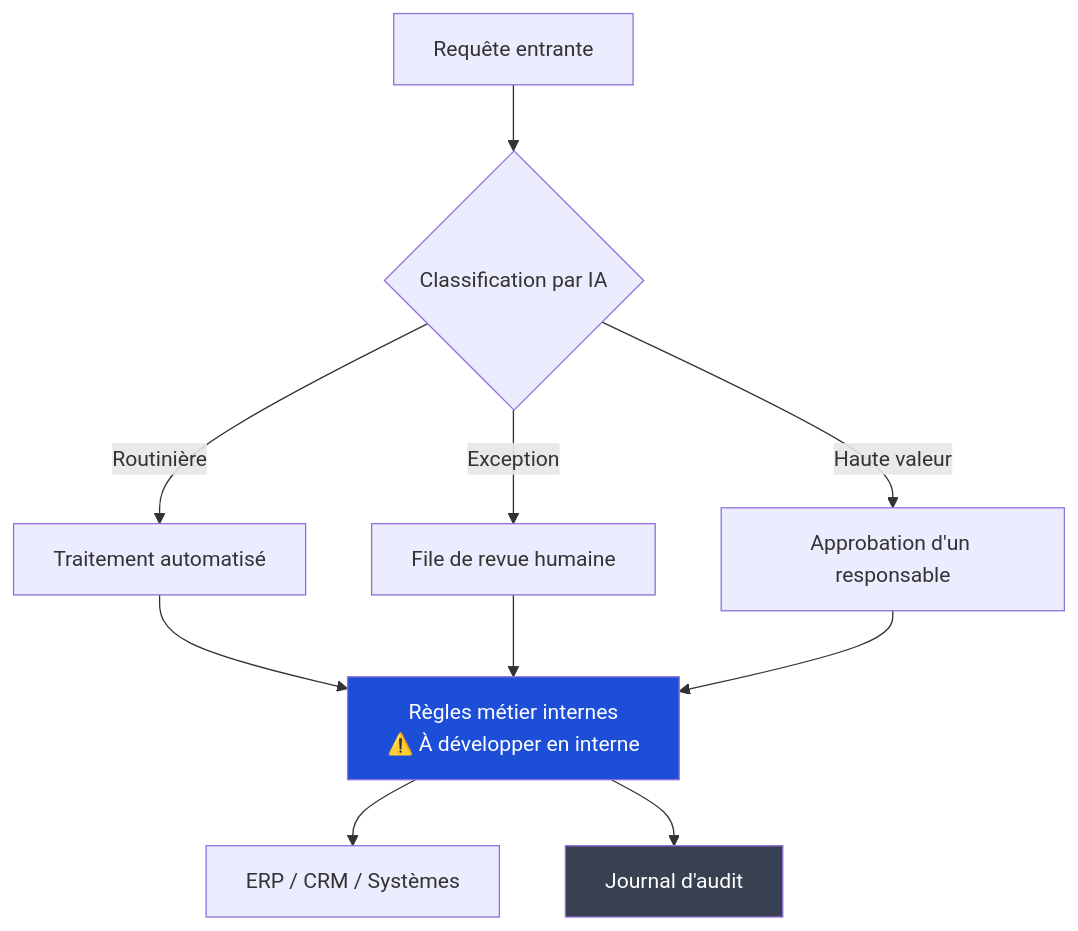
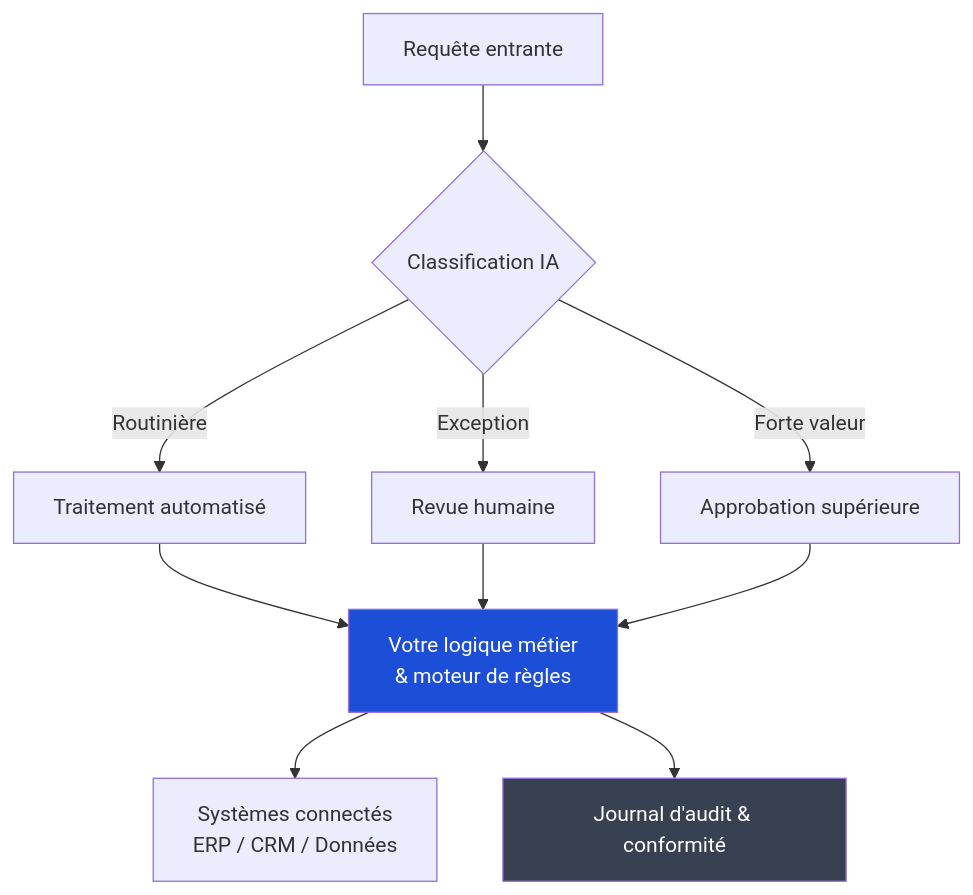
Before and after one commit to fps4/web-faridgurbanov: the second of 4 diagrams in src/content/fr/blog/it-org-ai-transformation.md, drawn with Mermaid. The commit also changed other lines of this file and 13 other files, not shown here.

````diff
--- a/src/content/fr/blog/it-org-ai-transformation.md
+++ b/src/content/fr/blog/it-org-ai-transformation.md
@@ -56,17 +56,17 @@
 ```mermaid
 flowchart TD
-    A["Requête entrante"] --> B{"Classification par IA"}
+    A["Requête entrante"] --> B{"Classification IA"}
     B -->|"Routinière"| C["Traitement automatisé"]
-    B -->|"Exception"| D["File de revue humaine"]
-    B -->|"Haute valeur"| E["Approbation d'un responsable"]
+    B -->|"Exception"| D["Revue humaine"]
+    B -->|"Forte valeur"| E["Approbation supérieure"]
     
-    C --> F["Règles métier internes\n⚠️ À développer en interne"]
+    C --> F["Votre logique métier\n& moteur de règles"]
     D --> F
     E --> F
     
-    F --> G["ERP / CRM / Systèmes"]
-    F --> H["Journal d'audit"]
+    F --> G["Systèmes connectés\nERP / CRM / Données"]
+    F --> H["Journal d'audit & conformité"]
     
     style F fill:#1d4ed8,color:#fff
     style H fill:#374151,color:#fff
 ```
````
